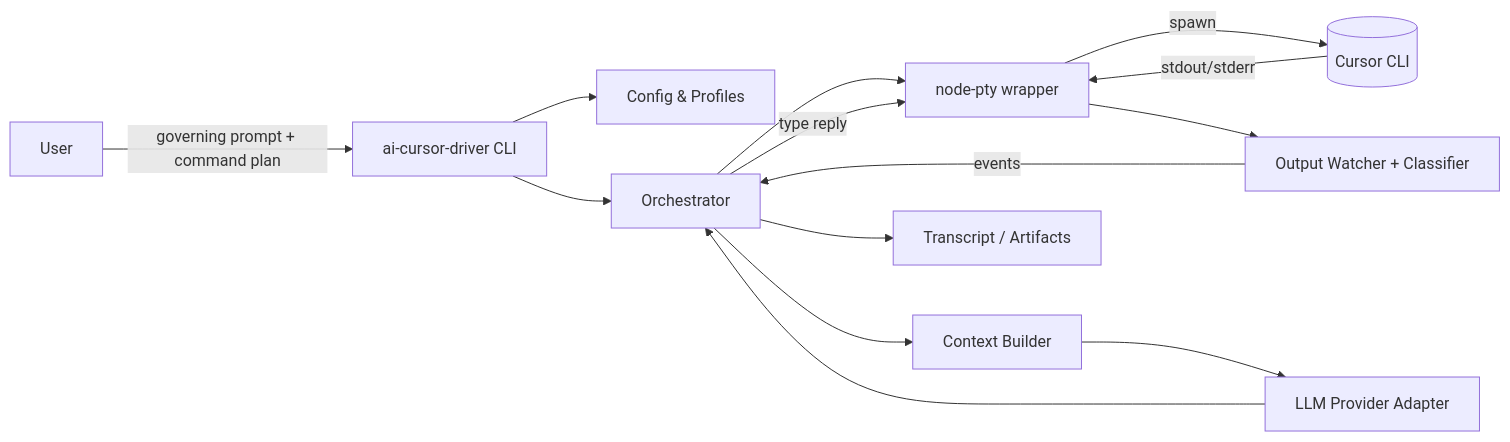
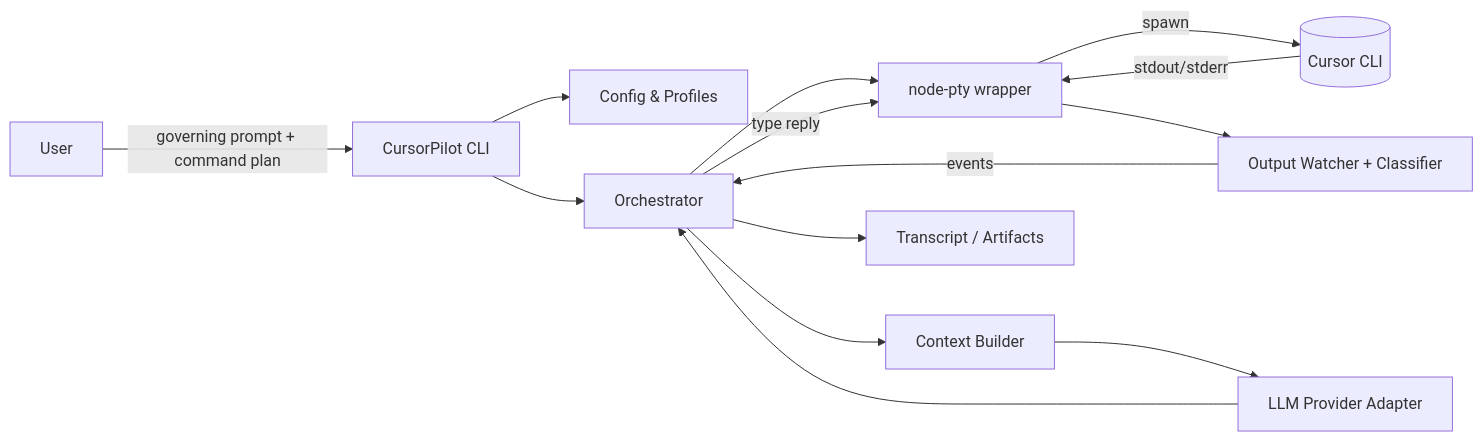
Before and after one commit to adamhenson/cursor-pilot: the first of 2 diagrams in docs/design.md, drawn with Mermaid. The commit also changed other lines of this file and 1 other file, not shown here.

Commit message:
docs: rename project to CursorPilot and scope to @cursor-pilot

````diff
--- a/docs/design.md
+++ b/docs/design.md
@@ -25,16 +25,16 @@
 ```mermaid
 flowchart LR
-    U[User] -->|governing prompt + command plan| CLI[ai-cursor-driver CLI]
+    U[User] -->|governing prompt + command plan| CLI[CursorPilot CLI]
     CLI --> Cfg[Config & Profiles]
     CLI --> Orchestrator
     Orchestrator --> PTY[node-pty wrapper]
     PTY -->|spawn| CURSOR[(Cursor CLI)]
     CURSOR -->|stdout/stderr| PTY
     PTY --> Watcher[Output Watcher + Classifier]
     Watcher -->|events| Orchestrator
     Orchestrator --> Ctx[Context Builder]
     Ctx --> LLM[LLM Provider Adapter]
     LLM --> Orchestrator
     Orchestrator -->|type reply| PTY
     Orchestrator --> Logs[Transcript / Artifacts]
 ```
````
